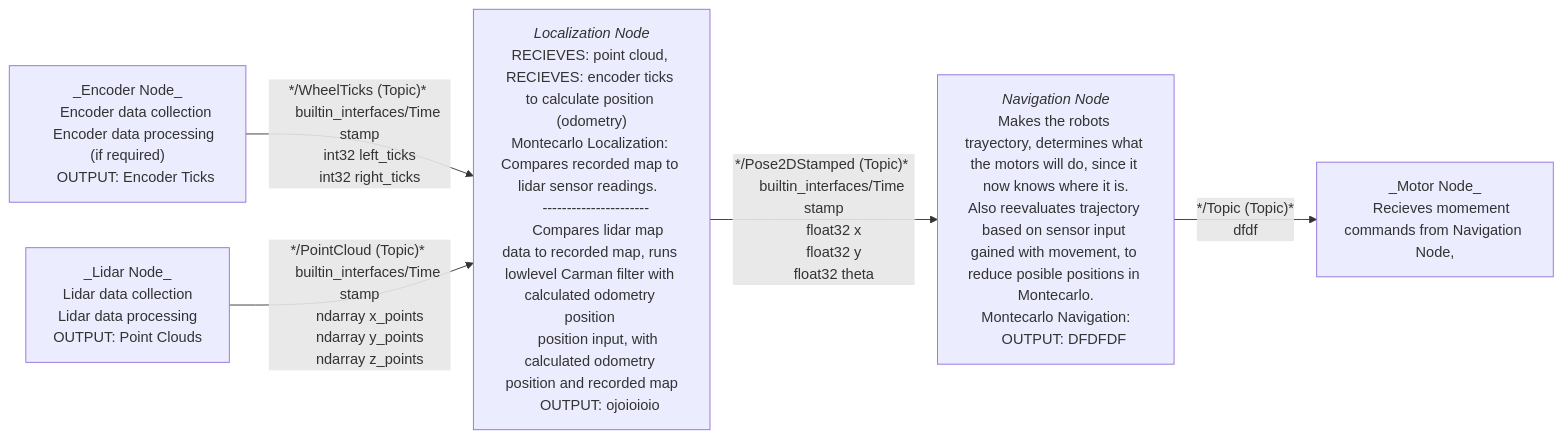
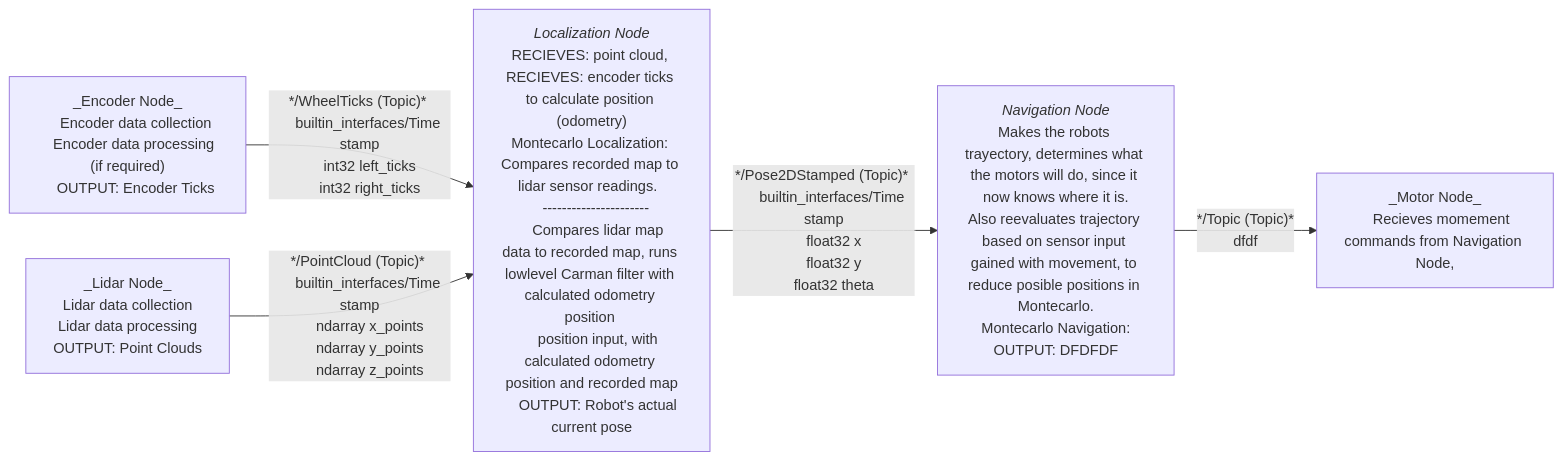
The diagram in Assets (For README)/ROS2graph.mmd (Nectar-A-Gonzalez/ROS2_Autonomous_Navigation_Robot_Project), drawn with Mermaid before and after one commit. The commit also changed 3 other files, not shown here.

```diff
--- a/Assets (For README)/ROS2graph.mmd
+++ b/Assets (For README)/ROS2graph.mmd
@@ -1,60 +1,55 @@
 flowchart LR
     LidarNode["_Lidar Node_
     Lidar data collection
     Lidar data processing
     OUTPUT: Point Clouds
    "]
 
     EncoderNode["_Encoder Node_
     Encoder data collection
     Encoder data processing (if required)
     OUTPUT: Encoder Ticks
    "]
 
     LocalizationNode["`_Localization Node_
     RECIEVES: point cloud, 
     RECIEVES: encoder ticks to calculate position (odometry)
     Montecarlo Localization: Compares recorded map to lidar sensor readings.  
   ----------------------
     Compares lidar map data to recorded map, runs lowlevel Carman filter with calculated odometry position 
     position input, with calculated odometry position and recorded map
-    OUTPUT: ojoioioio
+    OUTPUT: Robot's actual current pose
     `"]
 
     NavigationNode["`_Navigation Node_
     Makes the robots trayectory, determines what the motors will do, since it now knows where it is.
     Also reevaluates trajectory based on sensor input gained with movement, to reduce posible positions in Montecarlo.
     Montecarlo Navigation:
-
     OUTPUT: DFDFDF
-
     `"]
 
     MotorNode["_Motor Node_
     Recieves momement commands from Navigation Node,
     
     "]
-
-
 
     EncoderNode -->|"*/WheelTicks (Topic)* 
      builtin_interfaces/Time stamp
      int32 left_ticks
      int32 right_ticks "| LocalizationNode
     
     LidarNode -->|"*/PointCloud (Topic)* 
      builtin_interfaces/Time stamp
      ndarray x_points
      ndarray y_points
      ndarray z_points
       "| LocalizationNode
 
     LocalizationNode -->|"*/Pose2DStamped (Topic)* 
      builtin_interfaces/Time stamp
      float32 x
      float32 y
      float32 theta"| NavigationNode
       
-
     NavigationNode -->|"*/Topic (Topic)*
     dfdf "| MotorNode
```
